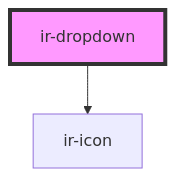
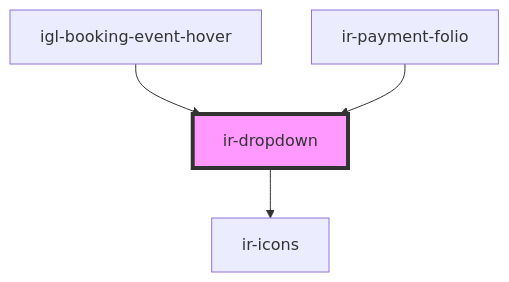
Before and after one commit to David1Chowaifaty/modified-ir-webcmp: the diagram in src/components/ui/ir-dropdown/readme.md, drawn with Mermaid. The commit also changed other lines of this file and 50 other files, not shown here.

````diff
--- a/src/components/ui/ir-dropdown/readme.md
+++ b/src/components/ui/ir-dropdown/readme.md
@@ -30,5 +36,7 @@
 ```mermaid
 graph TD;
-  ir-dropdown --> ir-icon
+  ir-dropdown --> ir-icons
+  igl-booking-event-hover --> ir-dropdown
+  ir-payment-folio --> ir-dropdown
   style ir-dropdown fill:#f9f,stroke:#333,stroke-width:4px
 ```
````
